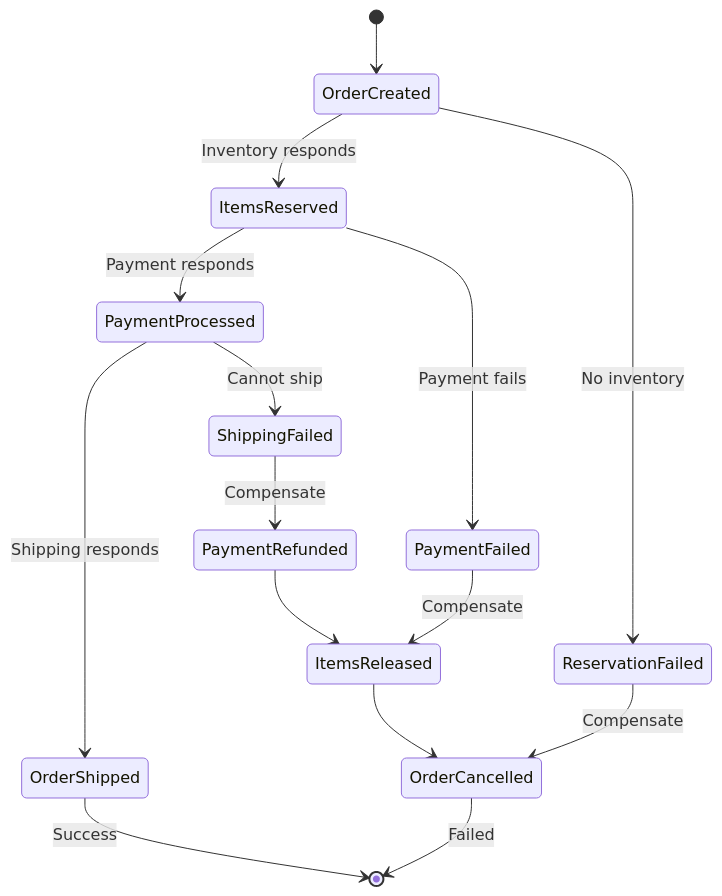
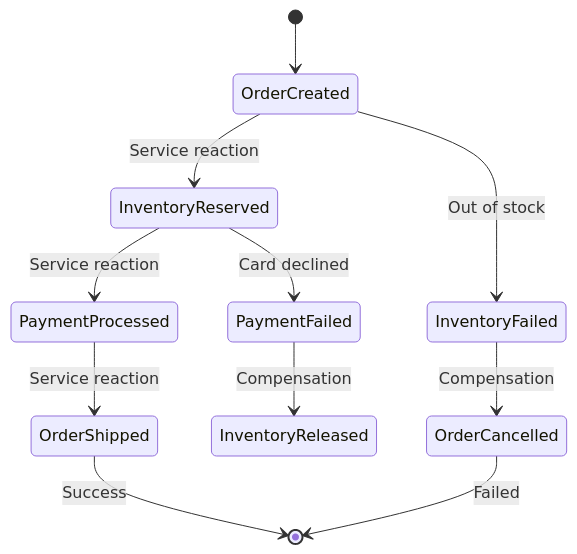
The third of 6 diagrams in docs/pattern-library/architecture/choreography.md (deepaucksharma/DStudio), drawn with Mermaid before and after one commit. The commit also changed other lines of this file and 5 other files, not shown here.

````diff
--- a/docs/pattern-library/architecture/choreography.md
+++ b/docs/pattern-library/architecture/choreography.md
@@ -205,23 +153,13 @@
 ```mermaid
 stateDiagram-v2
     [*] --> OrderCreated
-    
-    OrderCreated --> ItemsReserved: Inventory responds
-    OrderCreated --> ReservationFailed: No inventory
-    
-    ItemsReserved --> PaymentProcessed: Payment responds
-    ItemsReserved --> PaymentFailed: Payment fails
-    
-    PaymentProcessed --> OrderShipped: Shipping responds
-    PaymentProcessed --> ShippingFailed: Cannot ship
-    
+    OrderCreated --> InventoryReserved: Service reaction
+    OrderCreated --> InventoryFailed: Out of stock
+    InventoryReserved --> PaymentProcessed: Service reaction
+    InventoryReserved --> PaymentFailed: Card declined
+    PaymentProcessed --> OrderShipped: Service reaction
     OrderShipped --> [*]: Success
-    
-    ReservationFailed --> OrderCancelled: Compensate
-    PaymentFailed --> ItemsReleased: Compensate
-    ShippingFailed --> PaymentRefunded: Compensate
-    
-    ItemsReleased --> OrderCancelled
-    PaymentRefunded --> ItemsReleased
+    InventoryFailed --> OrderCancelled: Compensation
+    PaymentFailed --> InventoryReleased: Compensation
     OrderCancelled --> [*]: Failed
 ```
````
